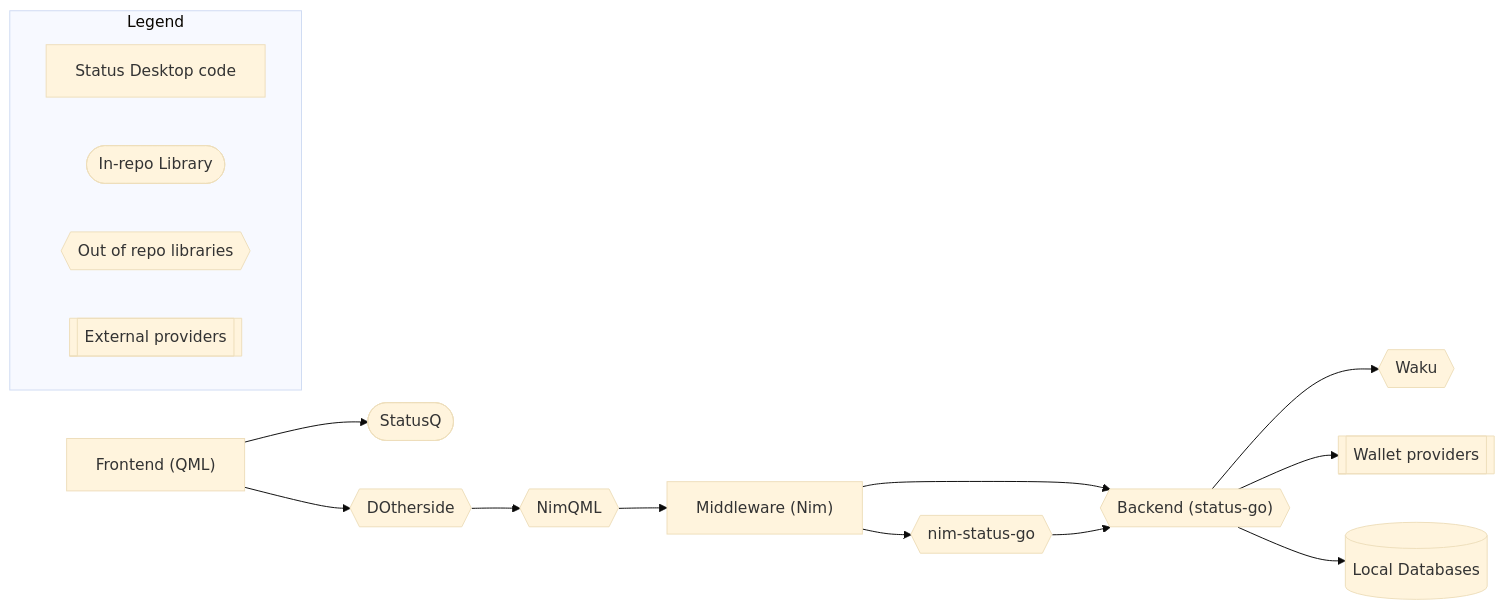
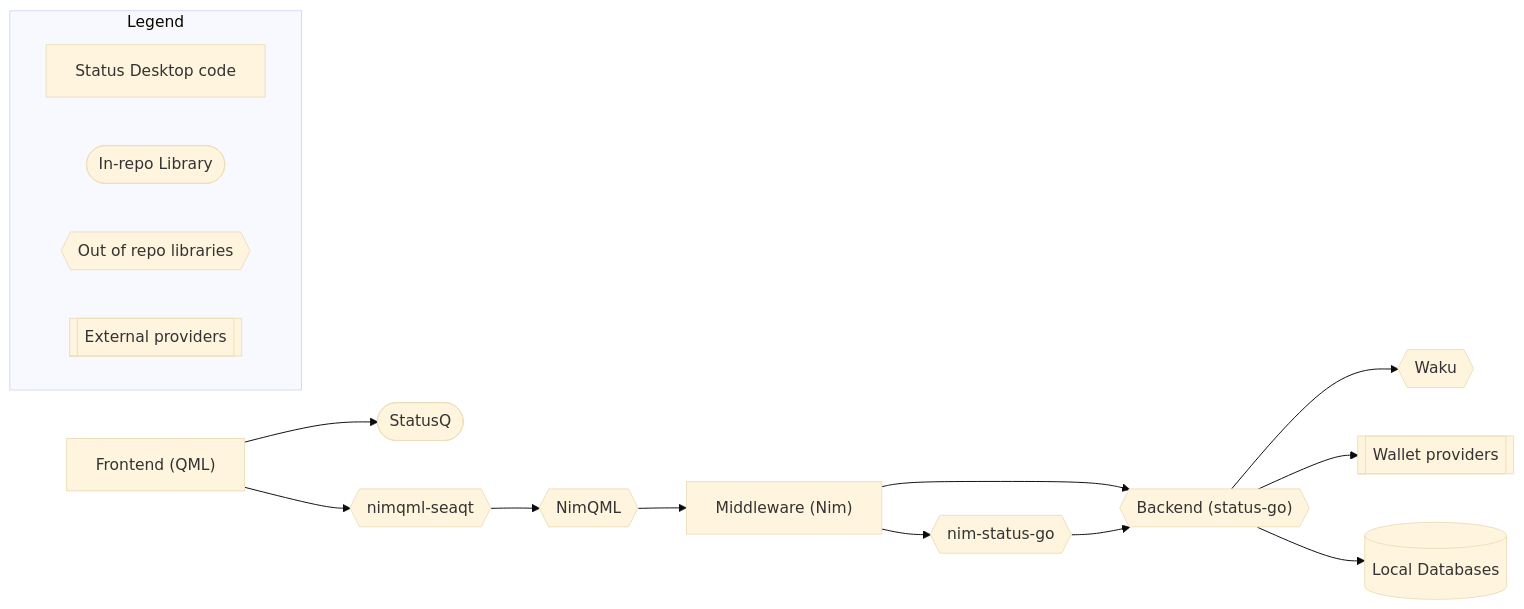
The first of 3 diagrams in docs/architecture.md (status-im/status-app), drawn with Mermaid (base theme) before and after one commit. The commit also changed 17 other files, not shown here.

First line of the commit message:
chore: Drop DOtherSide

````diff
--- a/docs/architecture.md
+++ b/docs/architecture.md
@@ -15,28 +15,28 @@
 ```mermaid
 flowchart LR
     qml["Frontend (QML)"] --> statusq(["StatusQ"])
-    qml --> dotherside{{"DOtherside"}}
-    dotherside --> nimqml{{"NimQML"}}
+    qml --> seaqt{{"nimqml-seaqt"}}
+    seaqt --> nimqml{{"NimQML"}}
     nimqml --> nim["Middleware (Nim)"]
     nim --> statusgo{{"Backend (status-go)"}}
     nim --> nimstatusgo{{"nim-status-go"}}
     nimstatusgo --> statusgo
     statusgo --> waku{{"Waku"}}
     statusgo --> providers[["Wallet providers"]]
     statusgo --> db[(Local Databases)]
     subgraph Legend
       direction LR
       box["Status Desktop code"]
       roundedbox(["In-repo Library"])
       hexagon{{"Out of repo libraries"}}
       barbox[["External providers"]]
     end
     click qml "https://github.com/status-im/status-app/tree/master/ui" "Link to the UI folder containing the QML code"
     click statusq "https://github.com/status-im/status-app/tree/master/ui/StatusQ" "Link to the StatusQ folder"
-    click dotherside "https://github.com/status-im/dotherside" "Link to the DOtherSide repo"
+    click seaqt "https://github.com/status-im/nimqml-seaqt" "Link to the nimqml-seaqt repo"
     click nimqml "https://github.com/status-im/nimqml" "Link to the NimQML repo"
     click nim "https://github.com/status-im/status-app/tree/master/src" "Link to the Nim code"
     click statusgo "https://github.com/status-im/status-go" "Link to the Status-Go repo"
     click waku "https://github.com/waku-org" "Link to the Waku org"
     click nimstatusgo "https://github.com/status-im/nim-status-go" "Link to nim-status-go repo"
 ```
````
